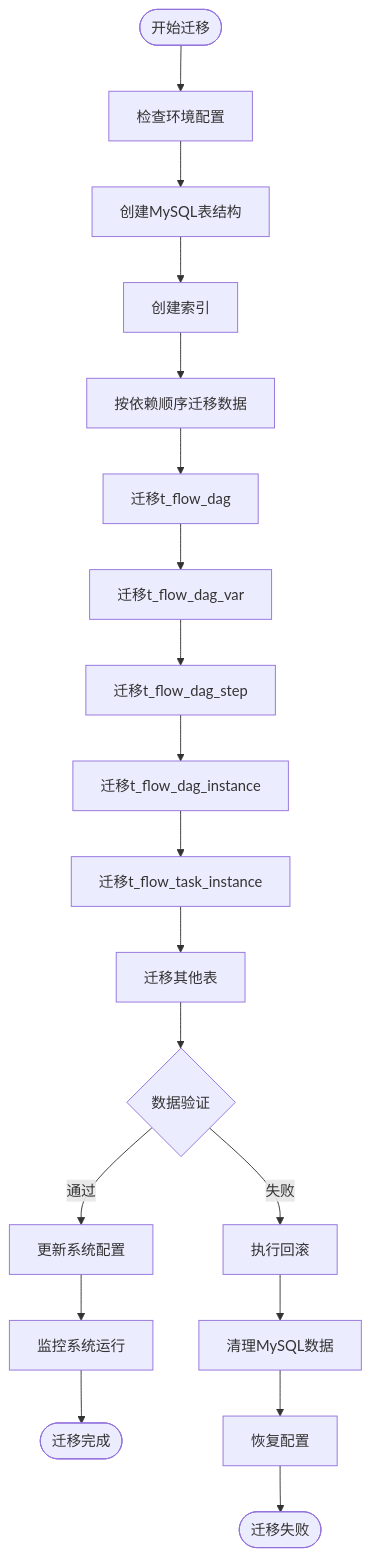
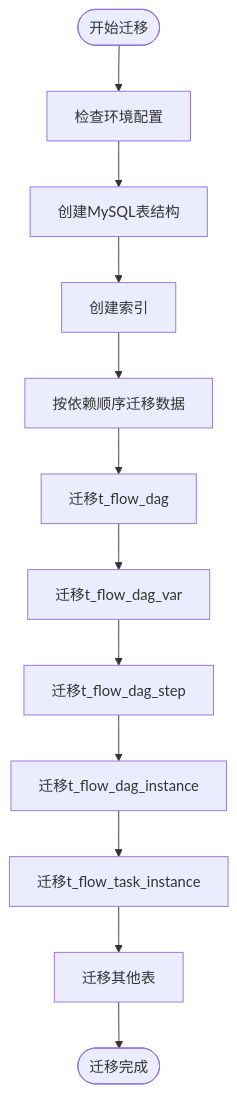
Before and after one commit to kweaver-ai/adp: the second of 11 diagrams in dataflow/flow-automation/docs/features/#262 Mongodb迁移至Mariadb/#262 Mongodb迁移至Mariadb.md, drawn with Mermaid. The commit also changed other lines of this file, not shown here.

````diff
--- a/dataflow/flow-automation/docs/features/#262 Mongodb迁移至Mariadb/#262 Mongodb迁移至Mariadb.md
+++ b/dataflow/flow-automation/docs/features/#262 Mongodb迁移至Mariadb/#262 Mongodb迁移至Mariadb.md
@@ -95,25 +94,16 @@
 ```mermaid
 flowchart TD
     Start([开始迁移]) --> CheckEnv[检查环境配置]
     CheckEnv --> CreateSchema[创建MySQL表结构]
     CreateSchema --> CreateIndex[创建索引]
     CreateIndex --> MigrateData[按依赖顺序迁移数据]
 
     MigrateData --> MigrateDag[迁移t_flow_dag]
     MigrateDag --> MigrateDagVar[迁移t_flow_dag_var]
     MigrateDagVar --> MigrateDagStep[迁移t_flow_dag_step]
     MigrateDagStep --> MigrateDagInstance[迁移t_flow_dag_instance]
     MigrateDagInstance --> MigrateTaskInstance[迁移t_flow_task_instance]
     MigrateTaskInstance --> MigrateOther[迁移其他表]
 
-    MigrateOther --> Validate{数据验证}
-    Validate -->|通过| UpdateConfig[更新系统配置]
-    Validate -->|失败| Rollback[执行回滚]
-
-    UpdateConfig --> Monitor[监控系统运行]
-    Monitor --> End([迁移完成])
-
-    Rollback --> CleanMySQL[清理MySQL数据]
-    CleanMySQL --> RestoreConfig[恢复配置]
-    RestoreConfig --> Fail([迁移失败])
+    MigrateOther --> End([迁移完成])
 ```
````
